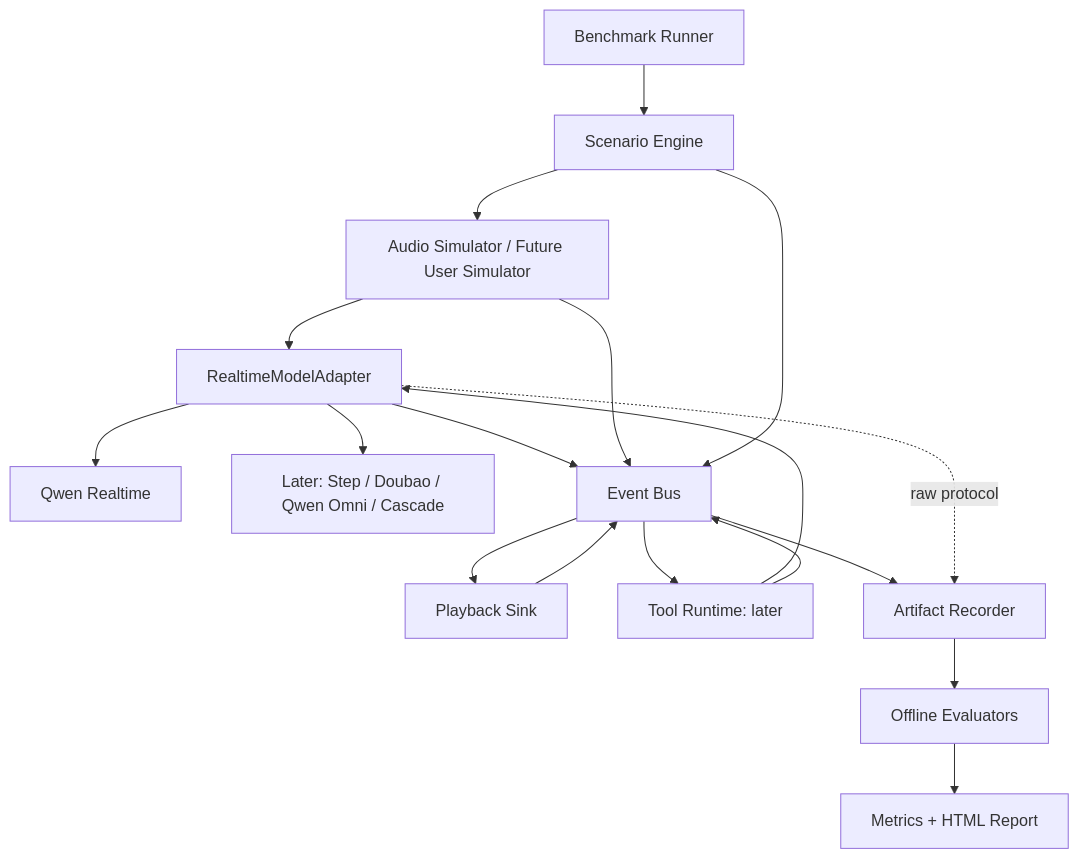
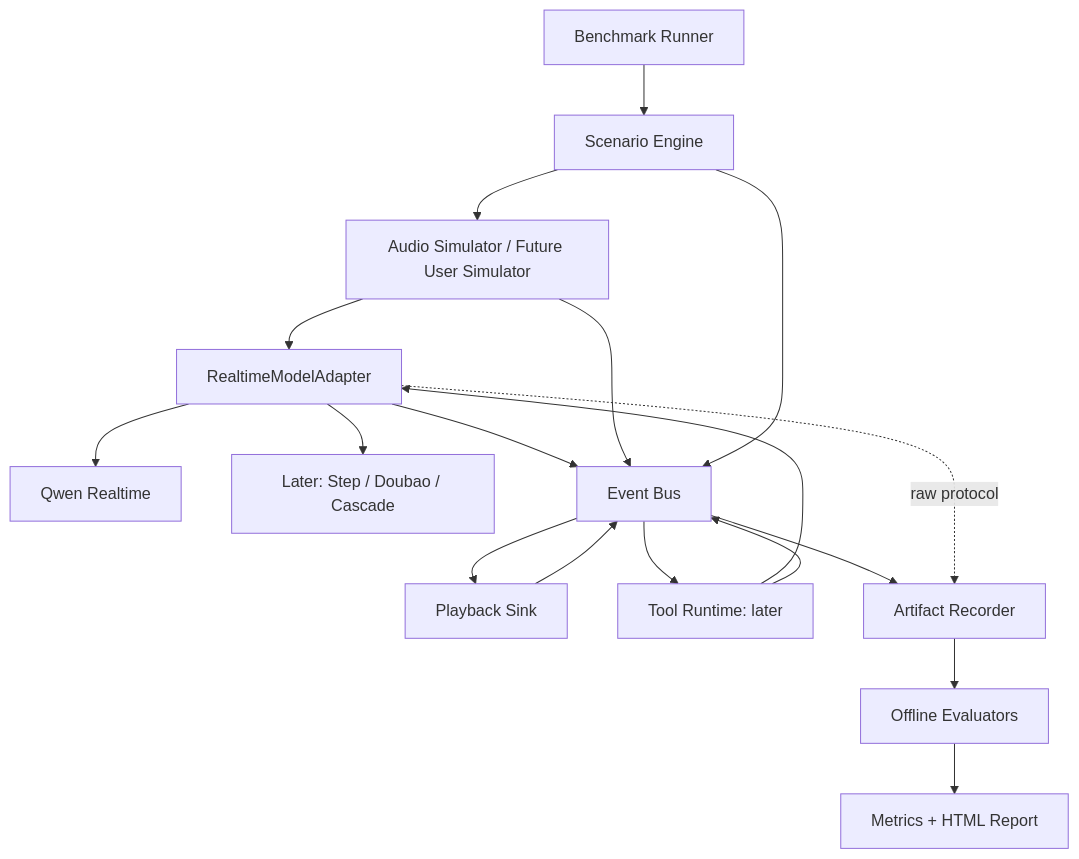
Before and after one commit to skywuxuan/realtime-voice-agent-benchmark: the diagram in docs/architecture.md, drawn with Mermaid. The commit also changed other lines of this file and 15 other files, not shown here.

````diff
--- a/docs/architecture.md
+++ b/docs/architecture.md
@@ -116,20 +115,20 @@
 ```mermaid
 flowchart TD
     R[Benchmark Runner] --> S[Scenario Engine]
     S --> U[Audio Simulator / Future User Simulator]
     U --> A[RealtimeModelAdapter]
     A --> Q[Qwen Realtime]
-    A --> L[Later: Step / Doubao / Qwen Omni / Cascade]
+    A --> L[Later: Step / Doubao / Cascade]
     A --> B[Event Bus]
     U --> B
     S --> B
     B --> P[Playback Sink]
     P --> B
     B --> T[Tool Runtime: later]
     T --> A
     T --> B
     B --> C[Artifact Recorder]
     A -. raw protocol .-> C
     C --> E[Offline Evaluators]
     E --> H[Metrics + HTML Report]
 ```
````
